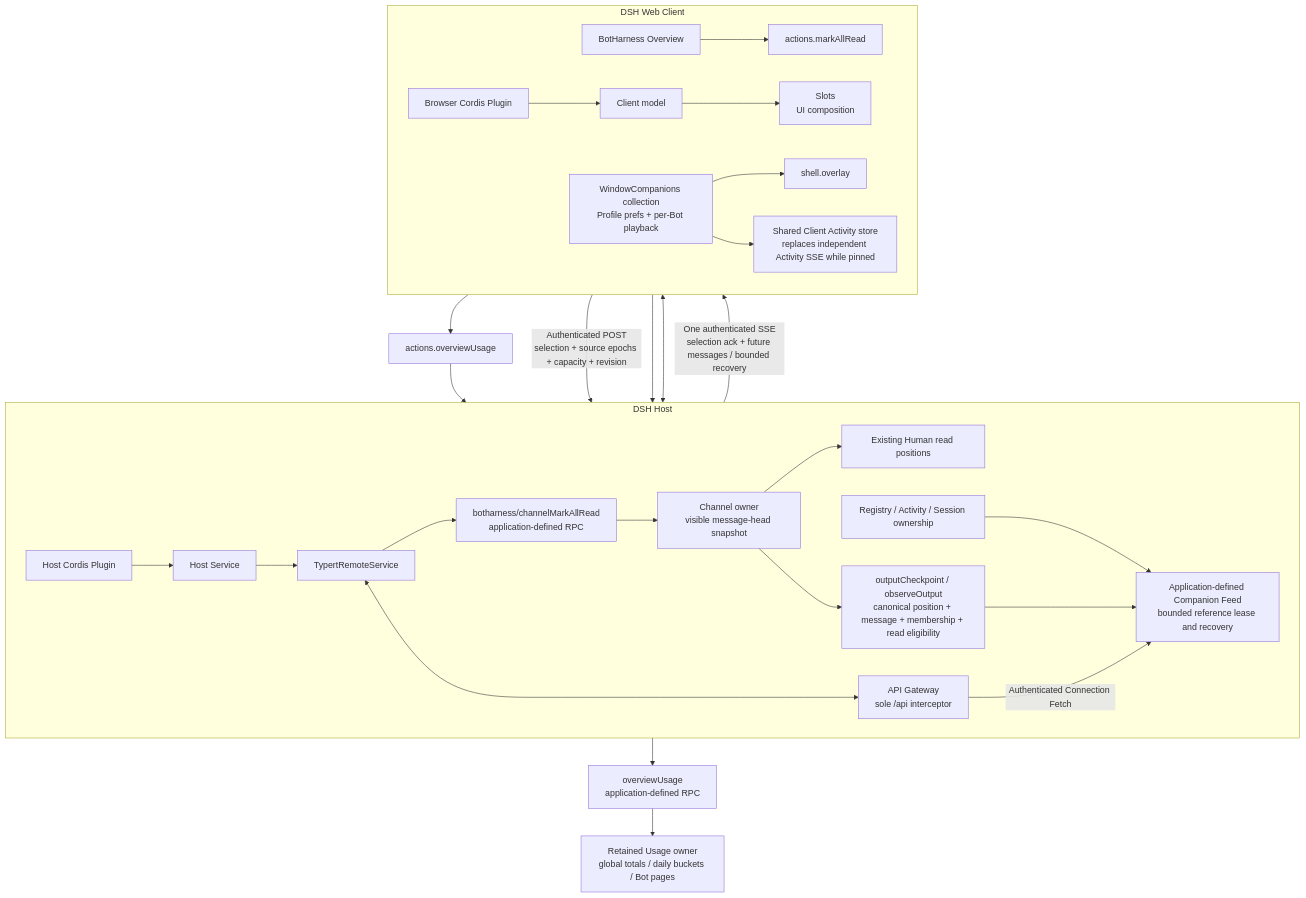
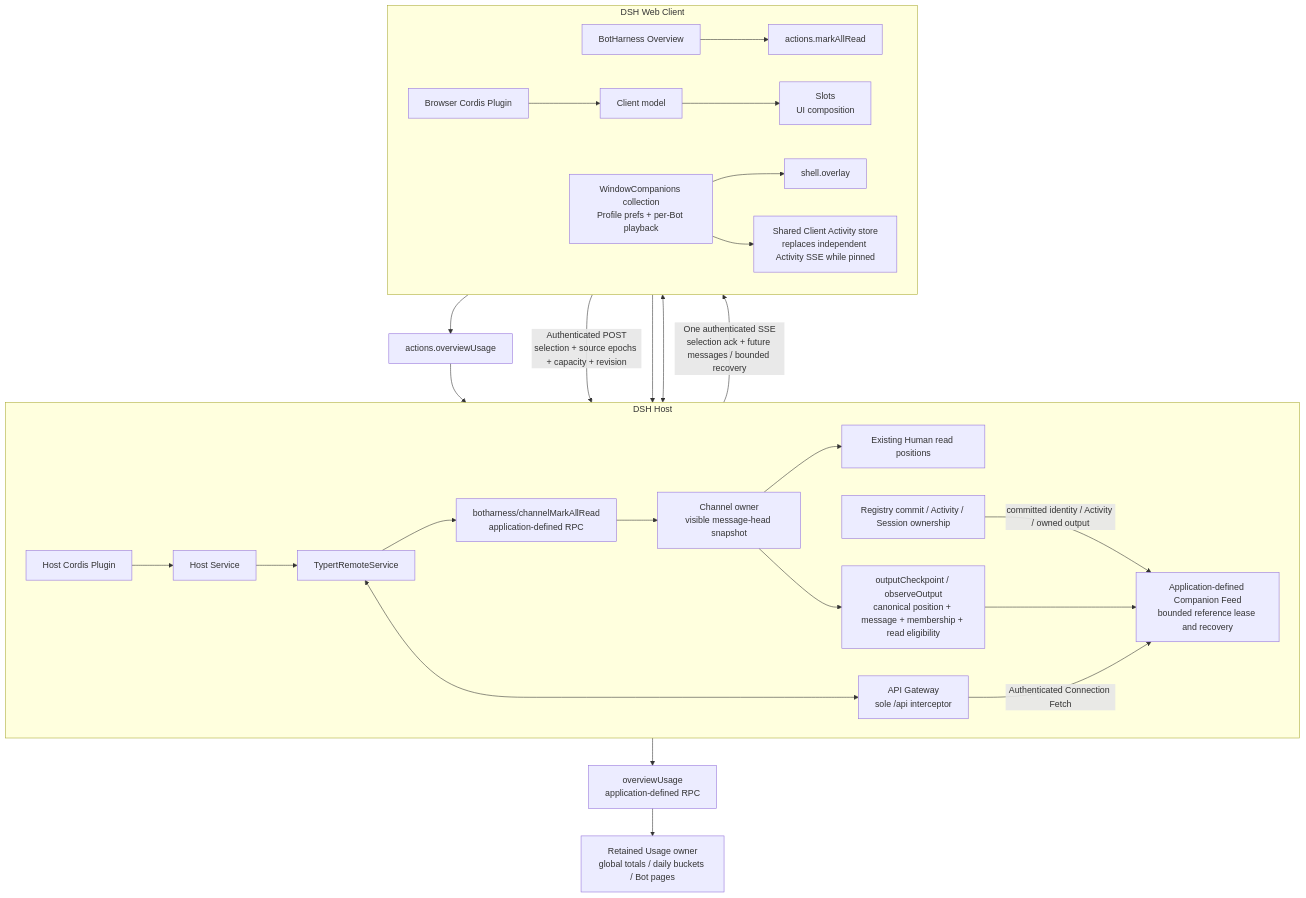
The diagram in docs/architecture/diagrams/en/09-dsh-host-client.mmd (BotHarness/BotHarness), drawn with Mermaid before and after one commit. The commit also changed 27 other files, not shown here.

```diff
--- a/docs/architecture/diagrams/en/09-dsh-host-client.mmd
+++ b/docs/architecture/diagrams/en/09-dsh-host-client.mmd
@@ -1,30 +1,30 @@
 flowchart TB
   subgraph Host["DSH Host"]
     direction LR
     HostPlugin["Host Cordis Plugin"] --> Service["Host Service"]
     Service --> Remote["TypertRemoteService"]
     ReadRPC["botharness/channelMarkAllRead<br/>application-defined RPC"] --> Channels["Channel owner<br/>visible message-head snapshot"]
     Channels --> ReadPositions["Existing Human read positions"]
     Remote <--> Gateway["API Gateway<br/>sole /api interceptor"]
-    Registry["Registry / Activity / Session ownership"] --> Feed["Application-defined Companion Feed<br/>bounded reference lease and recovery"]
+    Registry["Registry commit / Activity / Session ownership"] -->|"committed identity / Activity / owned output"| Feed["Application-defined Companion Feed<br/>bounded reference lease and recovery"]
     Channels --> Observation["outputCheckpoint / observeOutput<br/>canonical position + message + membership + read eligibility"]
     Observation --> Feed
   end
   subgraph Browser["DSH Web Client"]
     direction LR
     ClientPlugin["Browser Cordis Plugin"] --> Model["Client model"]
     Overview["BotHarness Overview"] --> ReadAction["actions.markAllRead"]
     Model --> Slots["Slots<br/>UI composition"]
     Companion["WindowCompanions collection<br/>Profile prefs + per-Bot playback"] --> Overlay["shell.overlay"]
     Companion --> Activity["Shared Client Activity store<br/>replaces independent Activity SSE while pinned"]
   end
   Gateway <--> Model
   Gateway -->|"Authenticated Connection Fetch"| Feed
   Feed -->|"One authenticated SSE<br/>selection ack + future messages / bounded recovery"| Companion
   Companion -->|"Authenticated POST<br/>selection + source epochs + capacity + revision"| Feed
   ReadAction --> Gateway
   Remote --> ReadRPC
   Overview --> UsageAction["actions.overviewUsage"]
   UsageAction --> Gateway
   Remote --> UsageRPC["overviewUsage<br/>application-defined RPC"]
   UsageRPC --> UsageOwner["Retained Usage owner<br/>global totals / daily buckets / Bot pages"]
```
